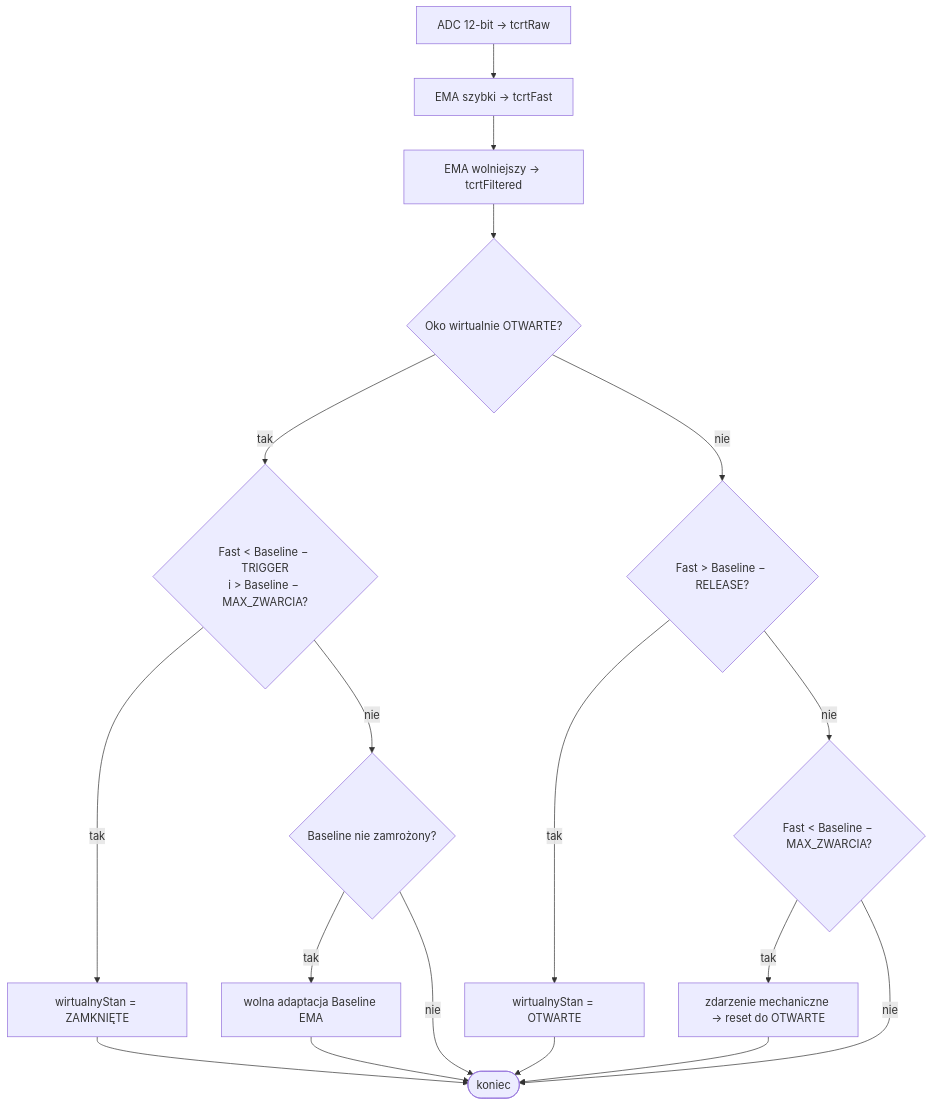
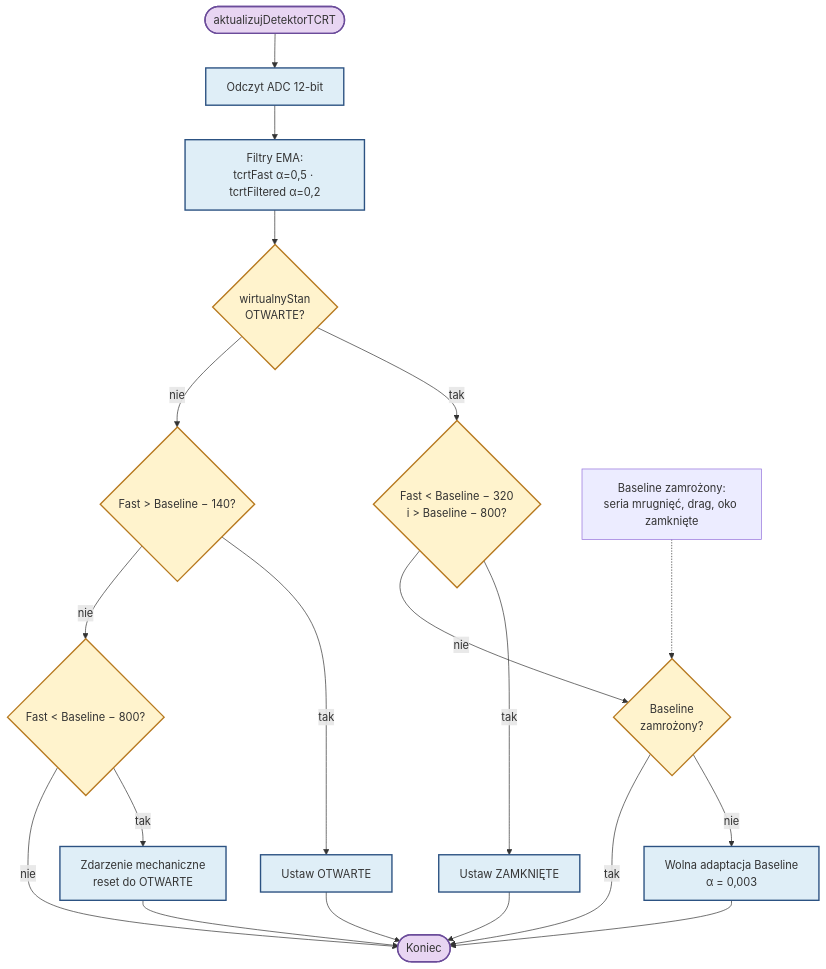
Before and after one commit to bartkadres-ai/HEFAS-4.0: the seventh of 10 diagrams in README.md, drawn with Mermaid. The commit also changed other lines of this file, not shown here.

````diff
--- a/README.md
+++ b/README.md
@@ -312,20 +499,33 @@
 ```mermaid
 flowchart TD
-    ADC[ADC 12-bit → tcrtRaw] --> FAST[EMA szybki → tcrtFast]
-    FAST --> FILT[EMA wolniejszy → tcrtFiltered]
-    FILT --> OPEN{Oko wirtualnie OTWARTE?}
-    OPEN -->|tak| TRIG{Fast &lt; Baseline − TRIGGER<br/>i &gt; Baseline − MAX_ZWARCIA?}
-    TRIG -->|tak| ZAM[wirtualnyStan = ZAMKNIĘTE]
-    TRIG -->|nie| BASE{Baseline nie zamrożony?}
-    BASE -->|tak| ADAPT[wolna adaptacja Baseline EMA]
-    BASE -->|nie| KONIEC([koniec])
-    ADAPT --> KONIEC
-    OPEN -->|nie| REL{Fast &gt; Baseline − RELEASE?}
-    REL -->|tak| OTW[wirtualnyStan = OTWARTE]
-    REL -->|nie| MECH{Fast &lt; Baseline − MAX_ZWARCIA?}
-    MECH -->|tak| RESET[zdarzenie mechaniczne → reset do OTWARTE]
-    MECH -->|nie| KONIEC
-    ZAM --> KONIEC
-    OTW --> KONIEC
-    RESET --> KONIEC
+    A([aktualizujDetektorTCRT]) --> ADC[Odczyt ADC 12-bit]
+    ADC --> EMA["Filtry EMA:<br/>tcrtFast α=0,5 · tcrtFiltered α=0,2"]
+
+    EMA --> OTW{wirtualnyStan<br/>OTWARTE?}
+
+    OTW -->|tak| TRIG{"Fast &lt; Baseline − 320<br/>i &gt; Baseline − 800?"}
+    TRIG -->|tak| ZAM[Ustaw ZAMKNIĘTE]
+    TRIG -->|nie| FRZ{Baseline<br/>zamrożony?}
+    FRZ -->|nie| ADAPT["Wolna adaptacja Baseline<br/>α = 0,003"]
+    FRZ -->|tak| KON
+
+    OTW -->|nie| REL{Fast &gt; Baseline − 140?}
+    REL -->|tak| OOTW[Ustaw OTWARTE]
+    REL -->|nie| MECH{Fast &lt; Baseline − 800?}
+    MECH -->|tak| MECHR["Zdarzenie mechaniczne<br/>reset do OTWARTE"]
+    MECH -->|nie| KON
+
+    ZAM --> KON([Koniec])
+    ADAPT --> KON
+    OOTW --> KON
+    MECHR --> KON
+
+    NOTE["Baseline zamrożony:<br/>seria mrugnięć, drag, oko zamknięte"] -.-> FRZ
+
+    classDef start fill:#e8d5f2,stroke:#6b4c9a,stroke-width:2px
+    classDef proc fill:#dfeef7,stroke:#2c5282,stroke-width:2px
+    classDef cond fill:#fff3cd,stroke:#b7791f,stroke-width:2px
+    class A,KON start
+    class ADC,EMA,ZAM,ADAPT,OOTW,MECHR proc
+    class OTW,TRIG,FRZ,REL,MECH cond
 ```
````
